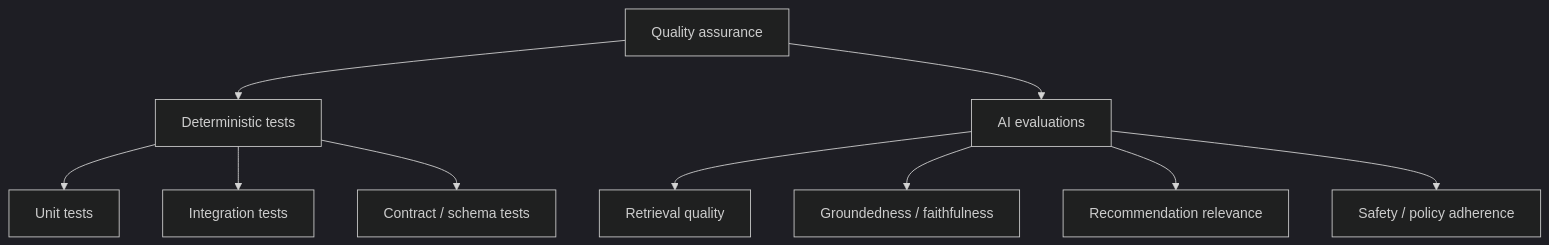
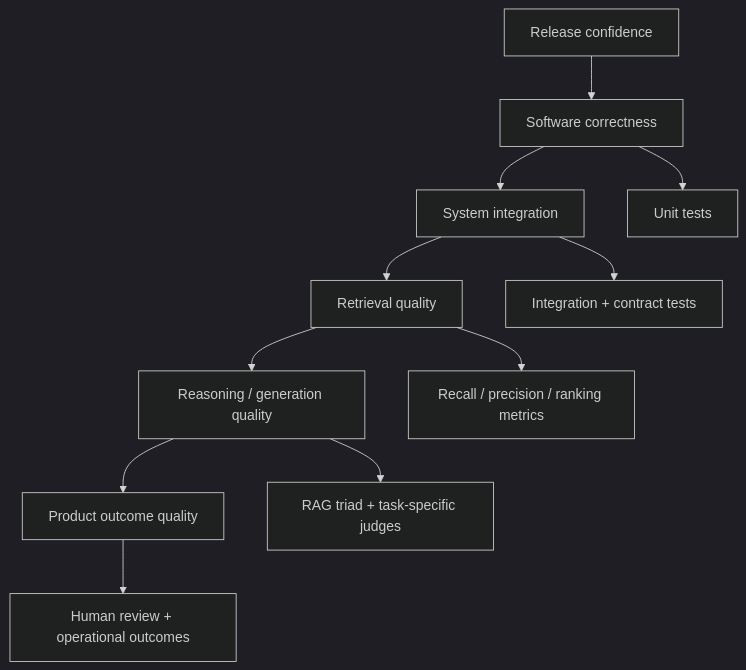
One commit to kumarchandansingh/tropos changed the first of 6 diagrams in docs/quality/EVAL_STRATEGY.md. Above: the diagram before and after it, drawn with Mermaid (dark theme). The commit also changed other lines of this file and 13 other files, not shown here.

Commit message:
docs: rebuild Tropos living architecture

````diff
--- a/docs/quality/EVAL_STRATEGY.md
+++ b/docs/quality/EVAL_STRATEGY.md
@@ -11,15 +7,15 @@
 ```mermaid
 flowchart TB
-    Q[Quality assurance]
-    Q --> T[Deterministic tests]
-    Q --> E[AI evaluations]
+    Q[Release confidence]
+    --> SW[Software correctness]
+    --> SYS[System integration]
+    --> RET[Retrieval quality]
+    --> AI[Reasoning / generation quality]
+    --> PROD[Product outcome quality]
 
-    T --> U[Unit tests]
-    T --> I[Integration tests]
-    T --> C[Contract / schema tests]
-
-    E --> R[Retrieval quality]
-    E --> G[Groundedness / faithfulness]
-    E --> A[Recommendation relevance]
-    E --> S[Safety / policy adherence]
+    SW --> U[Unit tests]
+    SYS --> I[Integration + contract tests]
+    RET --> IR[Recall / precision / ranking metrics]
+    AI --> RAG[RAG triad + task-specific judges]
+    PROD --> H[Human review + operational outcomes]
 ```
````
